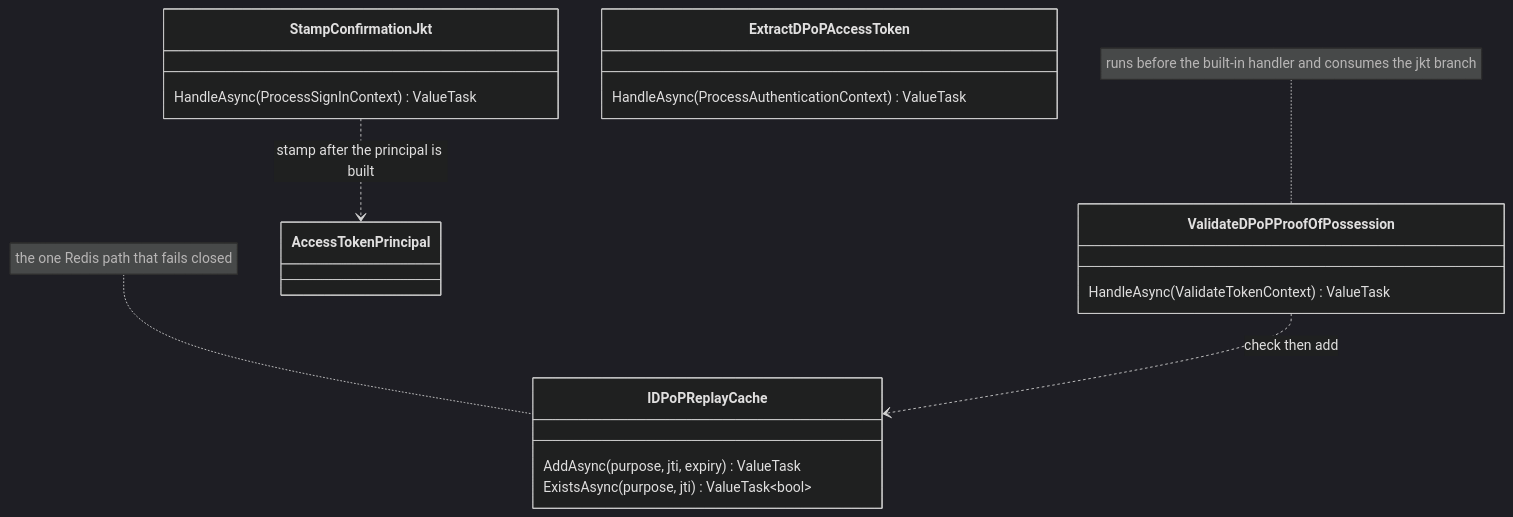
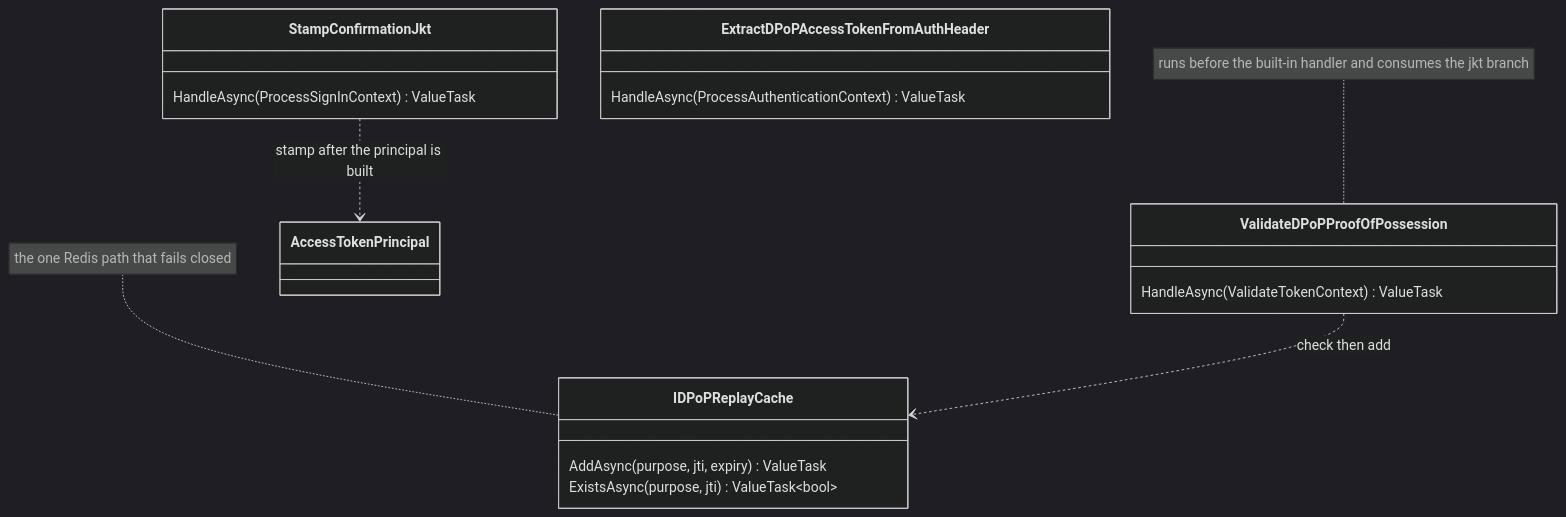
One commit to namphuongtran/nami changed the first of 4 diagrams in docs/design/06-sender-constrained-tokens.md. Above: the diagram before and after it, drawn with Mermaid (dark theme). The commit also changed other lines of this file and 14 other files, not shown here.

````diff
--- a/docs/design/06-sender-constrained-tokens.md
+++ b/docs/design/06-sender-constrained-tokens.md
@@ -49,20 +49,20 @@
 ```mermaid
 classDiagram
   class StampConfirmationJkt {
     HandleAsync(ProcessSignInContext) ValueTask
   }
-  class ExtractDPoPAccessToken {
+  class ExtractDPoPAccessTokenFromAuthHeader {
     HandleAsync(ProcessAuthenticationContext) ValueTask
   }
   class ValidateDPoPProofOfPossession {
     HandleAsync(ValidateTokenContext) ValueTask
   }
   class IDPoPReplayCache {
     AddAsync(purpose, jti, expiry) ValueTask
     ExistsAsync(purpose, jti) ValueTask~bool~
   }
   ValidateDPoPProofOfPossession ..> IDPoPReplayCache : check then add
   StampConfirmationJkt ..> AccessTokenPrincipal : stamp after the principal is built
   note for ValidateDPoPProofOfPossession "runs before the built-in handler and consumes the jkt branch"
   note for IDPoPReplayCache "the one Redis path that fails closed"
 ```
````
